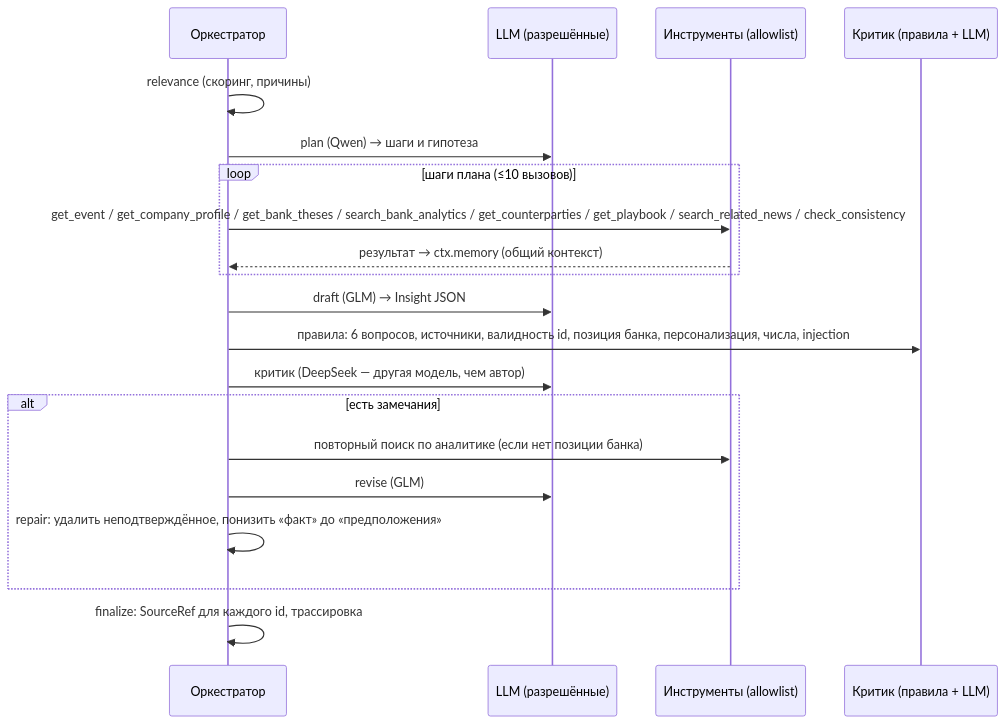
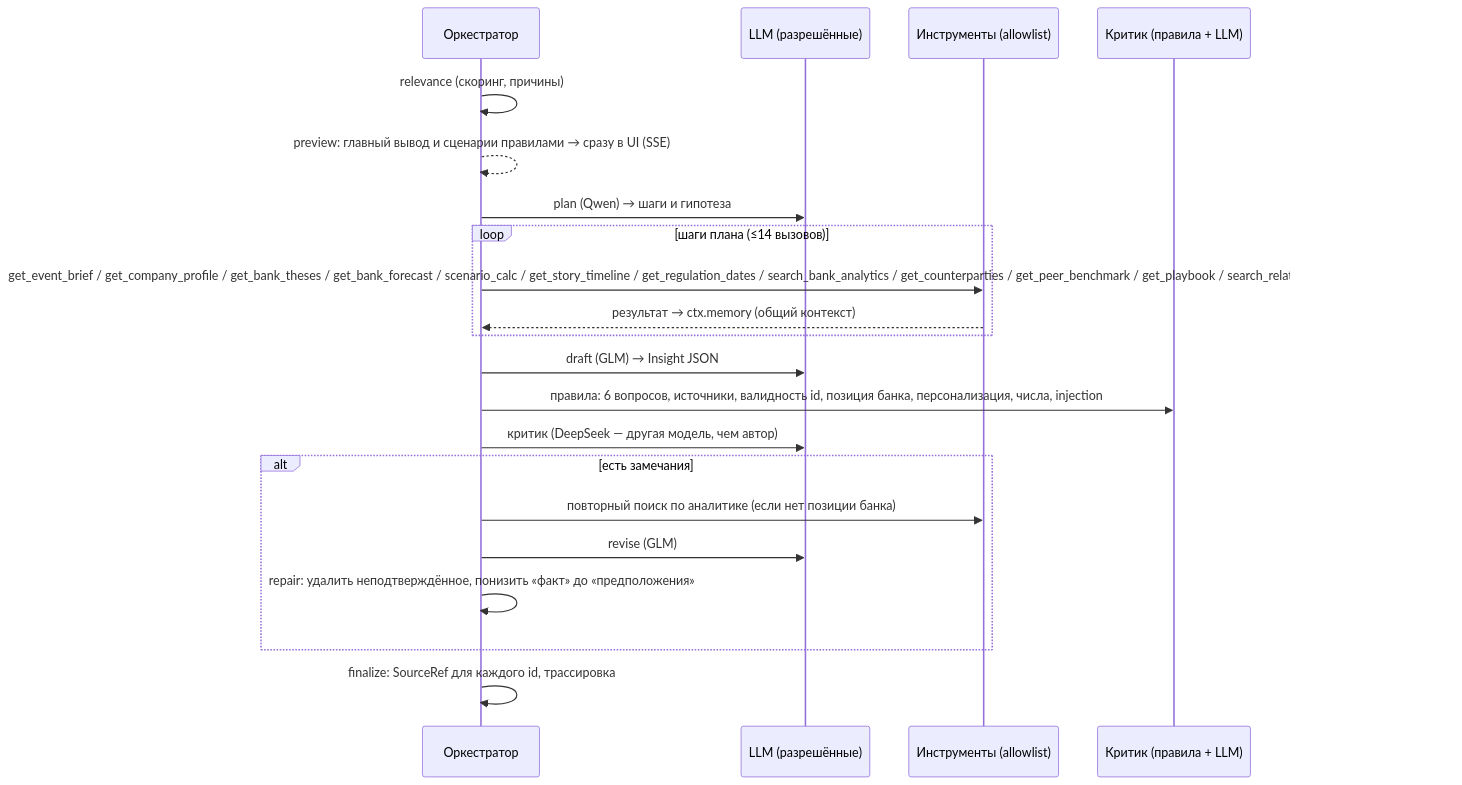
Before and after one commit to ManyManyAs/alfa-news-insights: the diagram in docs/ARCHITECTURE.md, drawn with Mermaid. The commit also changed other lines of this file and 15 other files, not shown here.

````diff
--- a/docs/ARCHITECTURE.md
+++ b/docs/ARCHITECTURE.md
@@ -48,22 +48,23 @@
 ```mermaid
 sequenceDiagram
   participant O as Оркестратор
   participant L as LLM (разрешённые)
   participant T as Инструменты (allowlist)
   participant C as Критик (правила + LLM)
   O->>O: relevance (скоринг, причины)
+  O-->>O: preview: главный вывод и сценарии правилами → сразу в UI (SSE)
   O->>L: plan (Qwen) → шаги и гипотеза
-  loop шаги плана (≤10 вызовов)
-    O->>T: get_event / get_company_profile / get_bank_theses / search_bank_analytics / get_counterparties / get_playbook / search_related_news / check_consistency
+  loop шаги плана (≤14 вызовов)
+    O->>T: get_event_brief / get_company_profile / get_bank_theses / get_bank_forecast / scenario_calc / get_story_timeline / get_regulation_dates / search_bank_analytics / get_counterparties / get_peer_benchmark / get_playbook / search_related_news / check_consistency
     T-->>O: результат → ctx.memory (общий контекст)
   end
   O->>L: draft (GLM) → Insight JSON
   O->>C: правила: 6 вопросов, источники, валидность id, позиция банка, персонализация, числа, injection
   O->>L: критик (DeepSeek — другая модель, чем автор)
   alt есть замечания
     O->>T: повторный поиск по аналитике (если нет позиции банка)
     O->>L: revise (GLM)
     O->>O: repair: удалить неподтверждённое, понизить «факт» до «предположения»
   end
   O->>O: finalize: SourceRef для каждого id, трассировка
 ```
````
